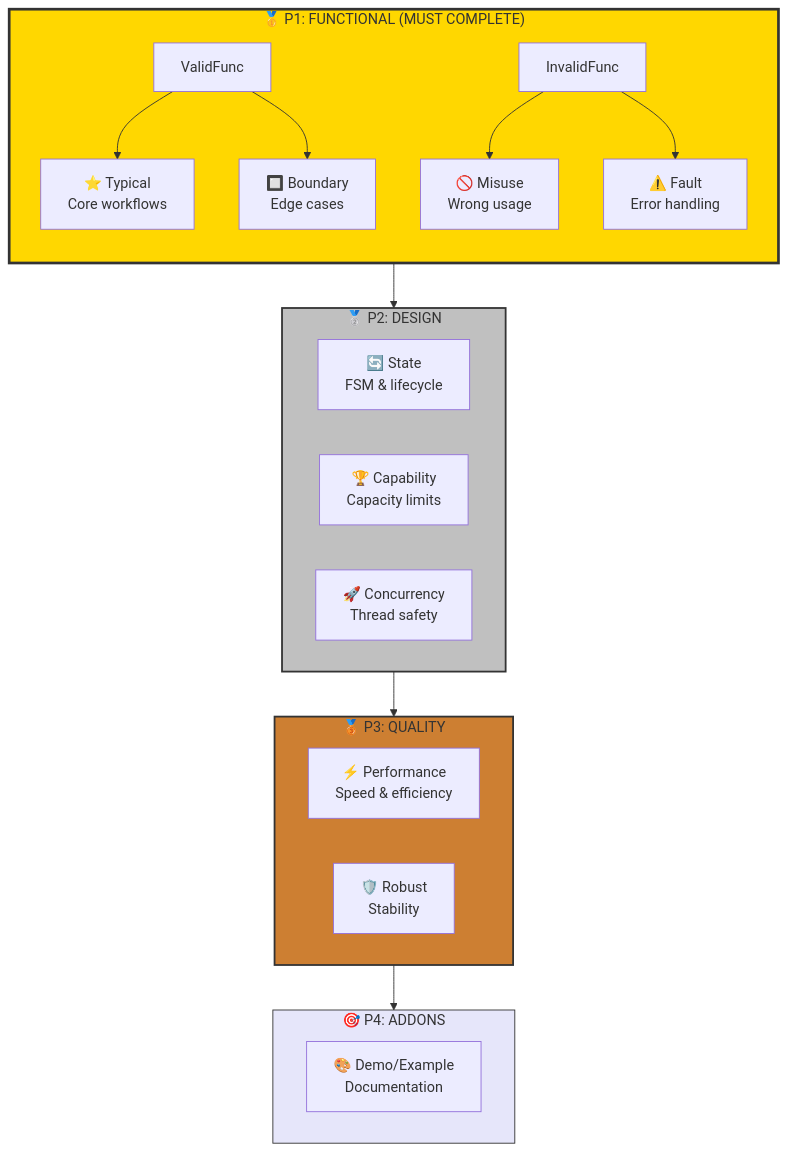
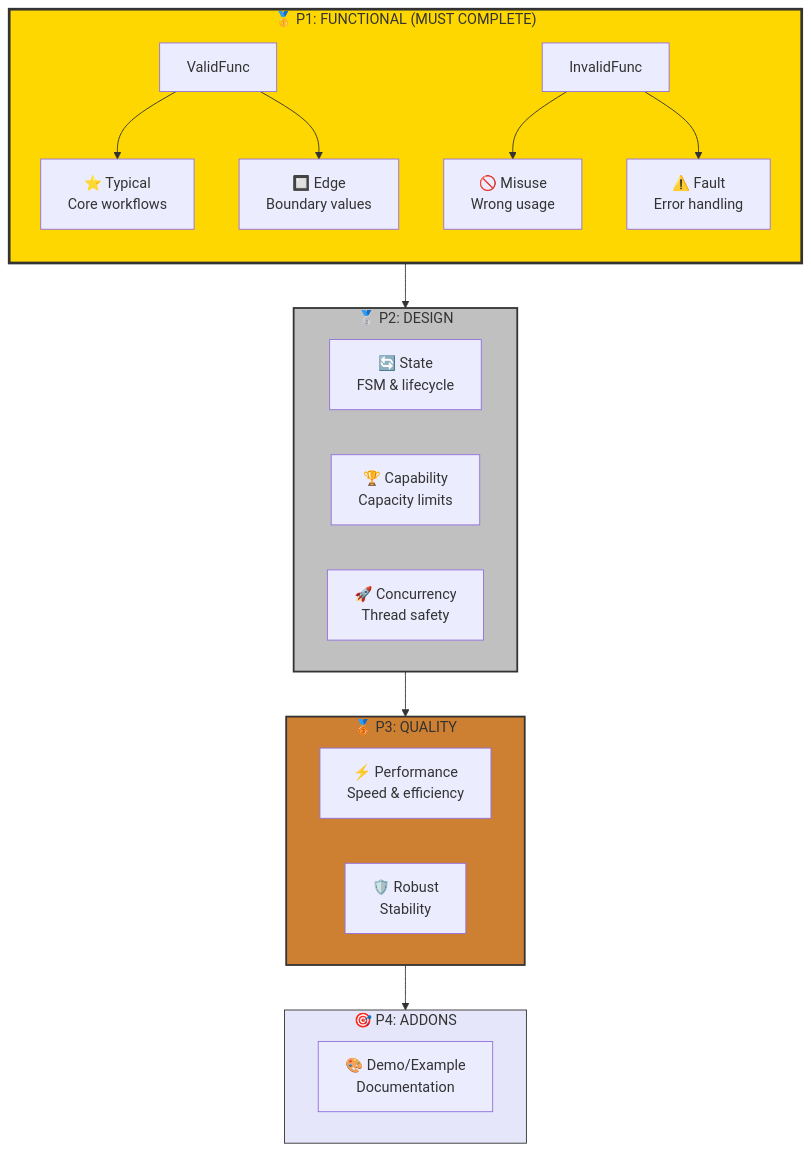
One commit to EnigmaWU/MyCaTDD changed the third of 5 diagrams in methodPrompts/CaTDD-UserGuide-PPT.md. Above: the diagram before and after it, drawn with Mermaid. The commit also changed other lines of this file and 12 other files, not shown here.

````diff
--- a/methodPrompts/CaTDD-UserGuide-PPT.md
+++ b/methodPrompts/CaTDD-UserGuide-PPT.md
@@ -185,40 +185,40 @@
 ```mermaid
 graph TD
     subgraph P1["🥇 P1: FUNCTIONAL (MUST COMPLETE)"]
         direction TB
         ValidFunc[ValidFunc]
         InvalidFunc[InvalidFunc]
         Typical[⭐ Typical<br/>Core workflows]
-        Boundary[🔲 Boundary<br/>Edge cases]
+        Edge[🔲 Edge<br/>Boundary values]
         Misuse[🚫 Misuse<br/>Wrong usage]
         Fault[⚠️ Fault<br/>Error handling]
         ValidFunc --> Typical
-        ValidFunc --> Boundary
+        ValidFunc --> Edge
         InvalidFunc --> Misuse
         InvalidFunc --> Fault
     end
     
     subgraph P2["🥈 P2: DESIGN"]
         State[🔄 State<br/>FSM & lifecycle]
         Capability[🏆 Capability<br/>Capacity limits]
         Concurrency[🚀 Concurrency<br/>Thread safety]
     end
     
     subgraph P3["🥉 P3: QUALITY"]
         Performance[⚡ Performance<br/>Speed & efficiency]
         Robust[🛡️ Robust<br/>Stability]
     end
     
     subgraph P4["🎯 P4: ADDONS"]
         Demo[🎨 Demo/Example<br/>Documentation]
     end
     
     P1 --> P2
     P2 --> P3
     P3 --> P4
     
     style P1 fill:#ffd700,stroke:#333,stroke-width:3px
     style P2 fill:#c0c0c0,stroke:#333,stroke-width:2px
     style P3 fill:#cd7f32,stroke:#333,stroke-width:2px
     style P4 fill:#e6e6fa,stroke:#333,stroke-width:1px
 ```
````
